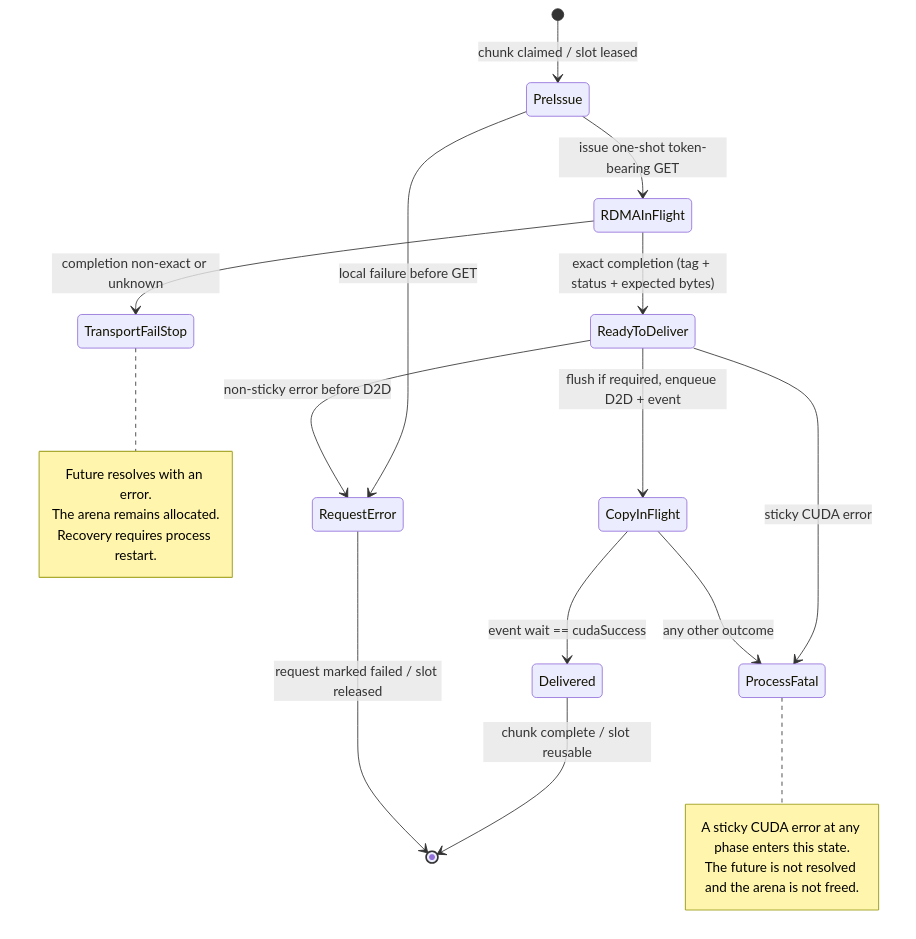
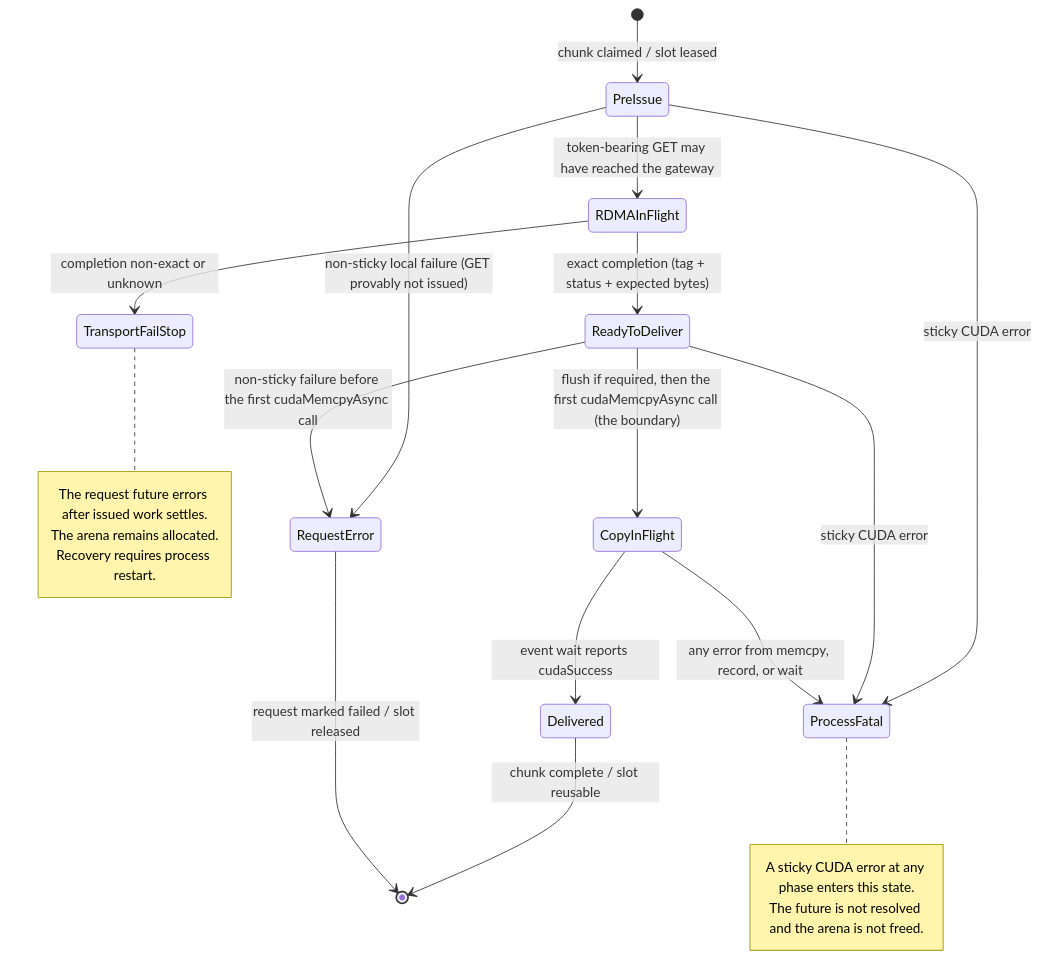
The third of 3 diagrams in experimental/s3-rdma-transport-design.md (sirius-db/sirius), drawn with Mermaid before and after one commit. The commit also changed other lines of this file and 1 other file, not shown here.

Commit message:
Sharpen the state-diagram boundary labels
Review convergence on the failure-state diagram: the delivery boundary
is the first cudaMemcpyAsync call, not a successful enqueue, and the
diagram, prose, and outcome table now share that one definition. The
GET edge becomes may-have-reached-the-gateway (matching the provably
-not-issued split), a pre-GET sticky edge is drawn, and the fail-stop
note says the future errors after issued work settles.

````diff
--- a/experimental/s3-rdma-transport-design.md
+++ b/experimental/s3-rdma-transport-design.md
@@ -154,31 +154,32 @@
 ```mermaid
 stateDiagram-v2
   [*] --> PreIssue: chunk claimed / slot leased
 
-  PreIssue --> RequestError: local failure before GET
-  PreIssue --> RDMAInFlight: issue one-shot token-bearing GET
+  PreIssue --> RequestError: non-sticky local failure (GET provably not issued)
+  PreIssue --> ProcessFatal: sticky CUDA error
+  PreIssue --> RDMAInFlight: token-bearing GET may have reached the gateway
 
   RDMAInFlight --> TransportFailStop: completion non-exact or unknown
   RDMAInFlight --> ReadyToDeliver: exact completion (tag + status + expected bytes)
 
-  ReadyToDeliver --> RequestError: non-sticky error before D2D
+  ReadyToDeliver --> RequestError: non-sticky failure before the first cudaMemcpyAsync call
   ReadyToDeliver --> ProcessFatal: sticky CUDA error
-  ReadyToDeliver --> CopyInFlight: flush if required, enqueue D2D + event
+  ReadyToDeliver --> CopyInFlight: flush if required, then the first cudaMemcpyAsync call (the boundary)
 
-  CopyInFlight --> Delivered: event wait == cudaSuccess
-  CopyInFlight --> ProcessFatal: any other outcome
+  CopyInFlight --> Delivered: event wait reports cudaSuccess
+  CopyInFlight --> ProcessFatal: any error from memcpy, record, or wait
 
   Delivered --> [*]: chunk complete / slot reusable
   RequestError --> [*]: request marked failed / slot released
 
   note right of TransportFailStop
-    Future resolves with an error.
+    The request future errors after issued work settles.
     The arena remains allocated.
     Recovery requires process restart.
   end note
 
   note right of ProcessFatal
     A sticky CUDA error at any phase enters this state.
     The future is not resolved and the arena is not freed.
   end note
 ```
````
